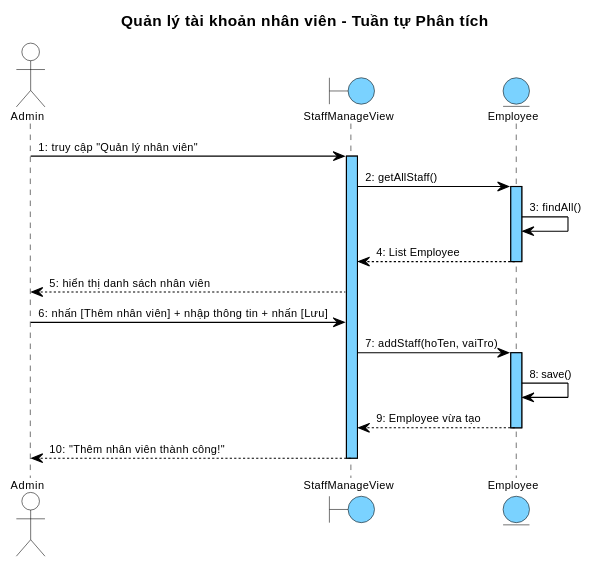
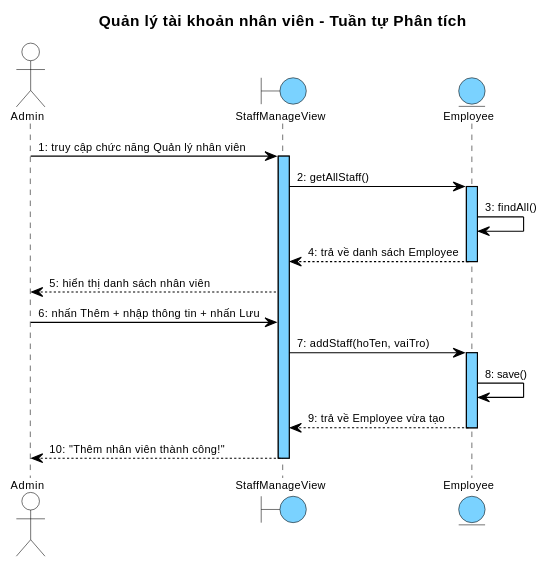
One commit to thanhtrnnn/cnpm changed the seventh of 7 diagrams in docs/tabs/section-account-ii.md. Above: the diagram before and after it, drawn with PlantUML. The commit also changed other lines of this file and 17 other files, not shown here.

First line of the commit message:
feat: deep audit Pha I+II theo skill cnpm — Ngoại lệ, entity diagram, class diagram

````diff
--- a/docs/tabs/section-account-ii.md
+++ b/docs/tabs/section-account-ii.md
@@ -560,76 +746,76 @@
 ```plantuml
 @startuml
 skinparam shadowing false
 skinparam SequenceMessageAlign left
 
 skinparam SequenceLifeLineBackgroundColor #7AD2FF
 skinparam SequenceLifeLineBorderColor #000000
 
 <style>
 sequenceDiagram {
   Shadowing 0
   RoundCorner 0
   FontName "Arial"
   FontSize 10
   FontColor #000000
 
   participant {
     BackgroundColor #7AD2FF
     LineColor #000000
     LineThickness 1
   }
 
   actor {
     BackgroundColor transparent
     LineColor #000000
   }
   boundary {
     BackgroundColor #7AD2FF
     LineColor #000000
   }
   control {
     BackgroundColor #7AD2FF
     LineColor #000000
   }
   entity {
     BackgroundColor #7AD2FF
     LineColor #000000
   }
 
   lifeline {
     LineColor #000000
     LineStyle 5-5
   }
 
   arrow {
     LineColor #000000
     LineThickness 1
     FontSize 10
   }
 }
 </style>
 title Quản lý tài khoản nhân viên – Tuần tự Phân tích
 
 actor "Admin" as Admin
 boundary StaffManageView as B1
 entity Employee as E1
 
-Admin -> B1 : 1: truy cập "Quản lý nhân viên"
+Admin -> B1 : 1: truy cập chức năng Quản lý nhân viên
 activate B1
 B1 -> E1 : 2: getAllStaff()
 activate E1
 E1 -> E1 : 3: findAll()
-E1 --> B1 : 4: List Employee
+E1 --> B1 : 4: trả về danh sách Employee
 deactivate E1
 B1 --> Admin : 5: hiển thị danh sách nhân viên
 
-Admin -> B1 : 6: nhấn [Thêm nhân viên] + nhập thông tin + nhấn [Lưu]
+Admin -> B1 : 6: nhấn Thêm + nhập thông tin + nhấn Lưu
 B1 -> E1 : 7: addStaff(hoTen, vaiTro)
 activate E1
 E1 -> E1 : 8: save()
-E1 --> B1 : 9: Employee vừa tạo
+E1 --> B1 : 9: trả về Employee vừa tạo
 deactivate E1
 B1 --> Admin : 10: "Thêm nhân viên thành công!"
 deactivate B1
 @enduml
 ```
````
